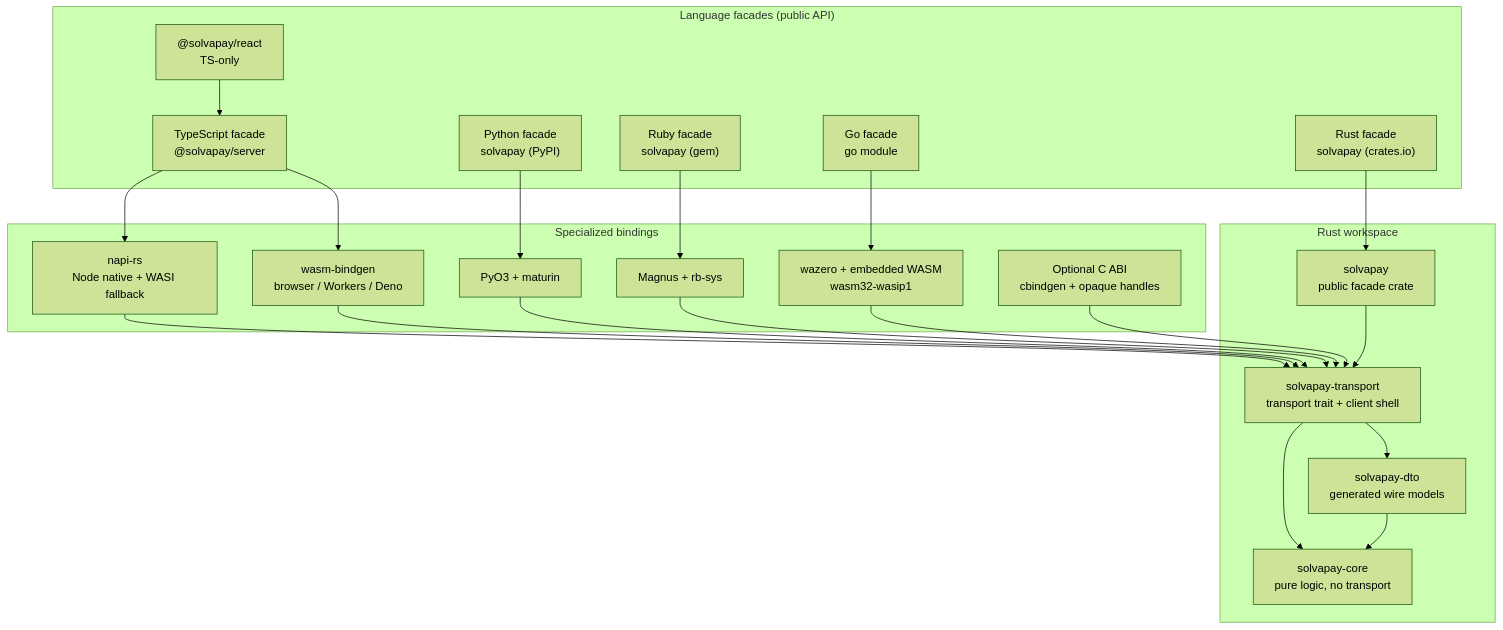
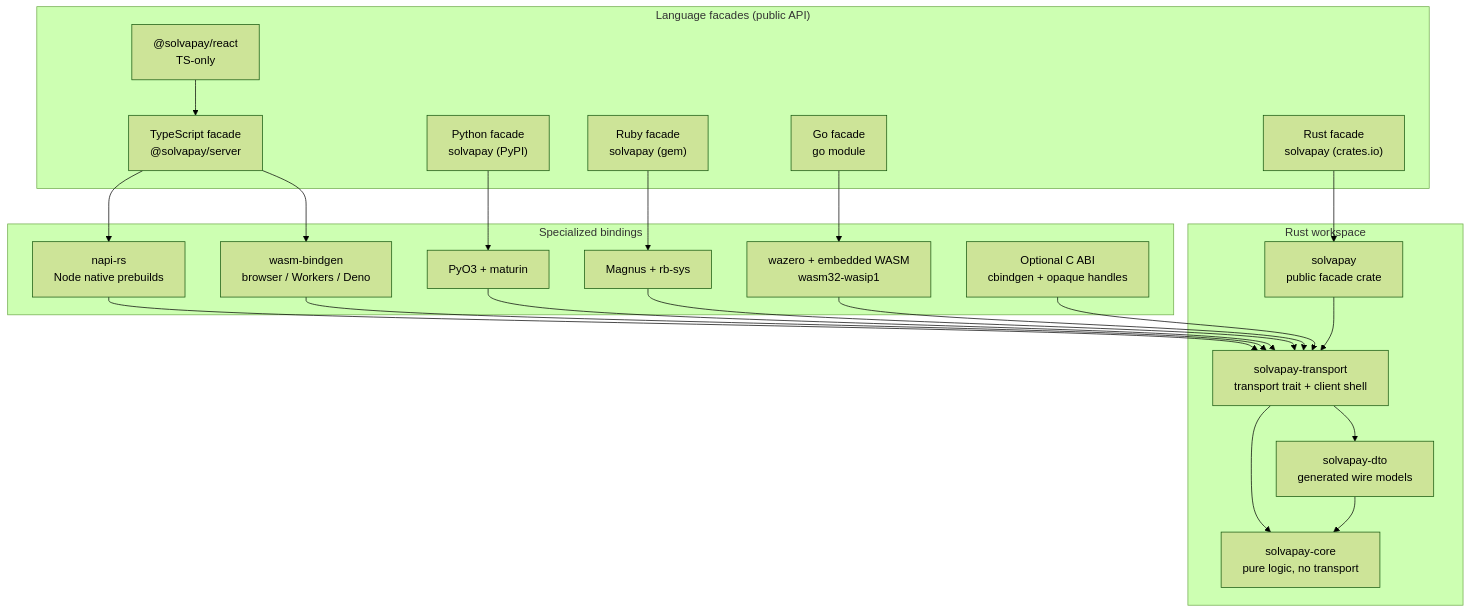
The first of 19 diagrams in docs/contributing/rust-core-sdk-redesign-v2.md (solvapay/solvapay-sdk), drawn with Mermaid (forest theme) before and after one commit. The commit also changed other lines of this file and 246 other files, not shown here.

````diff
--- a/docs/contributing/rust-core-sdk-redesign-v2.md
+++ b/docs/contributing/rust-core-sdk-redesign-v2.md
@@ -265,45 +273,45 @@
 ```mermaid
 flowchart TB
   subgraph facades ["Language facades (public API)"]
     TS["TypeScript facade<br/>@solvapay/server"]
     PY["Python facade<br/>solvapay (PyPI)"]
     RB["Ruby facade<br/>solvapay (gem)"]
     GO["Go facade<br/>go module"]
     RS["Rust facade<br/>solvapay (crates.io)"]
     REACT["@solvapay/react<br/>TS-only"]
   end
 
   subgraph bindings ["Specialized bindings"]
-    NAPI["napi-rs<br/>Node native + WASI fallback"]
+    NAPI["napi-rs<br/>Node native prebuilds"]
     WASM["wasm-bindgen<br/>browser / Workers / Deno"]
     PYO3["PyO3 + maturin"]
     MAG["Magnus + rb-sys"]
     WAZERO["wazero + embedded WASM<br/>wasm32-wasip1"]
     CABI["Optional C ABI<br/>cbindgen + opaque handles"]
   end
 
   subgraph rust ["Rust workspace"]
     LOGIC["solvapay-core<br/>pure logic, no transport"]
     DTO["solvapay-dto<br/>generated wire models"]
     TRANSPORT["solvapay-transport<br/>transport trait + client shell"]
     FACADE["solvapay<br/>public facade crate"]
   end
 
   REACT --> TS
   TS --> NAPI
   TS --> WASM
   PY --> PYO3
   RB --> MAG
   GO --> WAZERO
   RS --> FACADE
   NAPI --> TRANSPORT
   WASM --> TRANSPORT
   PYO3 --> TRANSPORT
   MAG --> TRANSPORT
   WAZERO --> TRANSPORT
   CABI --> TRANSPORT
   FACADE --> TRANSPORT
   TRANSPORT --> DTO
   TRANSPORT --> LOGIC
   DTO --> LOGIC
 ```
````
